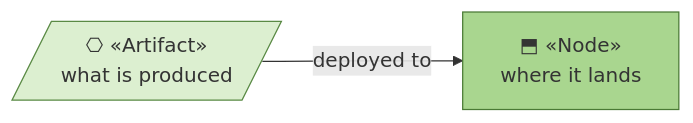
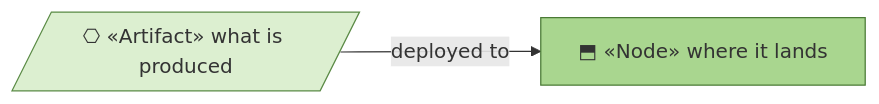
The first of 2 diagrams in product-archreator/site/architecture/5_technology/2_deployment.md (roanboc/architecture-archreator), drawn with Mermaid before and after one commit. The commit also changed other lines of this file and 38 other files, not shown here.

````diff
--- a/product-archreator/site/architecture/5_technology/2_deployment.md
+++ b/product-archreator/site/architecture/5_technology/2_deployment.md
@@ -9,10 +9,10 @@
 ```mermaid
 flowchart LR
-  art[/"⎔ «Artifact»<br>what is produced"/]:::artifact
-  node["⬒ «Node»<br>where it lands"]:::node
+  art[/"⎔ «Artifact» what is produced"/]:::artifact
+  node["⬒ «Node» where it lands"]:::node
 
   art -->|deployed to| node
 
   classDef artifact fill:#dcefd0,stroke:#5a8a45,color:#333
   classDef node fill:#a9d68f,stroke:#4a7a35,color:#333
 ```
````
